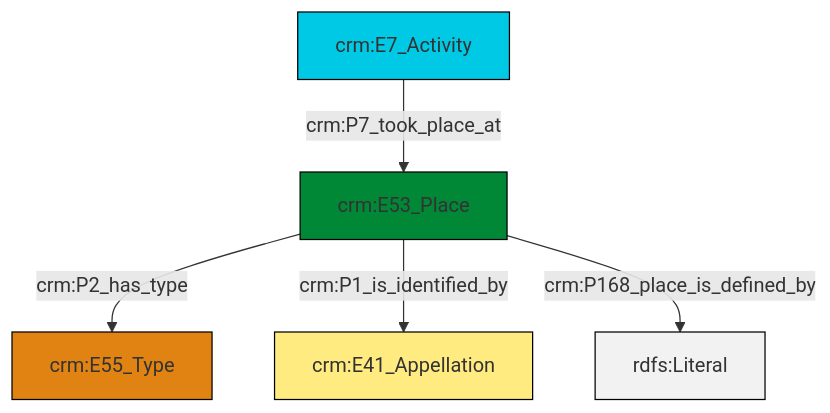
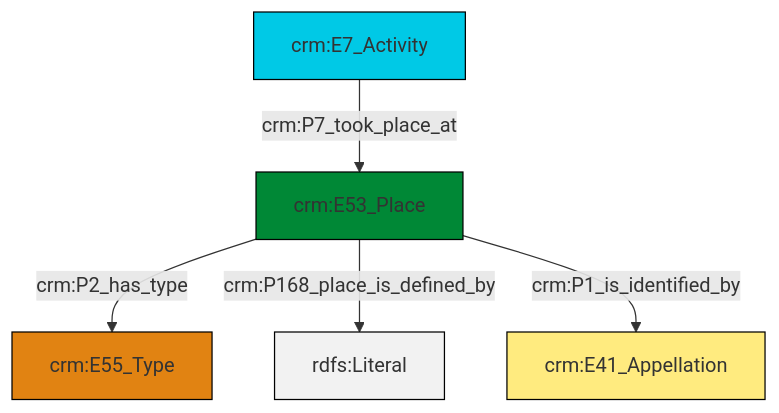
The diagram in et/eventCSV/ttl/mmd/event_location.ttl.mmd (swiss-art-research-net/reference-data-models), drawn with Mermaid before and after one commit. The commit also changed 128 other files, not shown here.

```diff
--- a/et/eventCSV/ttl/mmd/event_location.ttl.mmd
+++ b/et/eventCSV/ttl/mmd/event_location.ttl.mmd
@@ -1,19 +1,19 @@
 graph TD
 classDef Literal fill:#f2f2f2,stroke:#000000;
 classDef CRM_Entity fill:#FFFFFF,stroke:#000000;
 classDef Temporal_Entity fill:#00C9E6, stroke:#000000;
 classDef Type fill:#E18312, stroke:#000000;
 classDef Time-Span fill:#2C9C91, stroke:#000000;
 classDef Appellation fill:#FFEB7F, stroke:#000000;
 classDef Place fill:#008836, stroke:#000000;
 classDef Persistent_Item fill:#B266B2, stroke:#000000;
 classDef Conceptual_Object fill:#FFD700, stroke:#000000;
 classDef Physical_Thing fill:#D2B48C, stroke:#000000;
 classDef Actor fill:#f58aad, stroke:#000000;
 classDef PC_Classes fill:#4ce600, stroke:#000000;
 classDef Multi fill:#cccccc,stroke:#000000;
 
-0["crm:E53_Place"]:::Place -->|crm:P2_has_type| 1["crm:E55_Type"]:::Type
-4["crm:E7_Activity"]:::Temporal_Entity -->|crm:P7_took_place_at| 0["crm:E53_Place"]:::Place
-0["crm:E53_Place"]:::Place -->|crm:P1_is_identified_by| 2["crm:E41_Appellation"]:::Appellation
-0["crm:E53_Place"]:::Place -->|crm:P168_place_is_defined_by| 8[rdfs:Literal]:::Literal
+4["crm:E7_Activity"]:::Temporal_Entity -->|crm:P7_took_place_at| 6["crm:E53_Place"]:::Place
+6["crm:E53_Place"]:::Place -->|crm:P2_has_type| 2["crm:E55_Type"]:::Type
+6["crm:E53_Place"]:::Place -->|crm:P168_place_is_defined_by| 7[rdfs:Literal]:::Literal
+6["crm:E53_Place"]:::Place -->|crm:P1_is_identified_by| 0["crm:E41_Appellation"]:::Appellation
```
